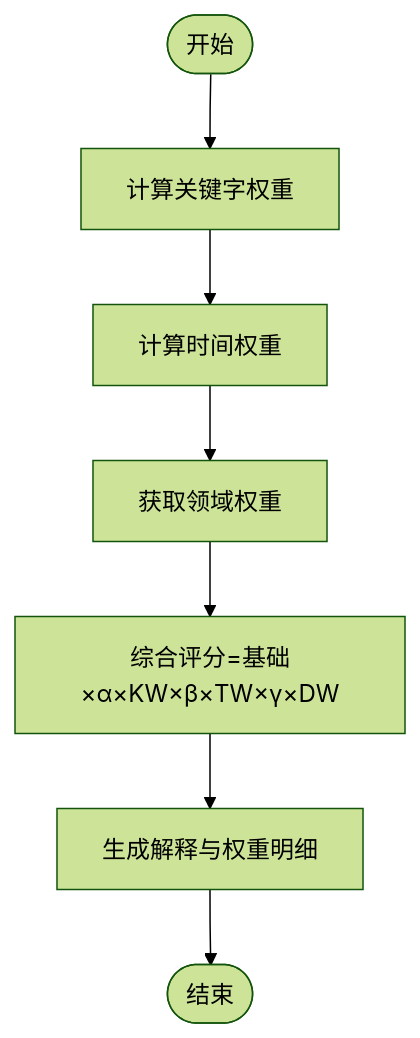
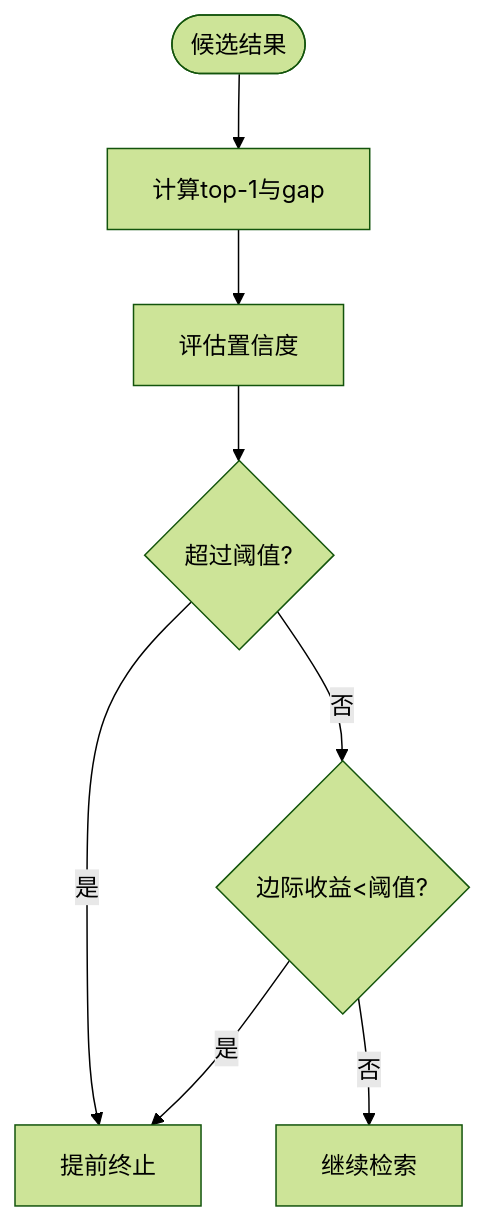
The seventh of 10 diagrams in .qoder/repowiki/zh/content/检索引擎模块/检索引擎模块.md (JieGaoPrinceton/NecoRAG), drawn with Mermaid (forest theme) before and after one commit. The commit also changed other lines of this file and 181 other files, not shown here.

````diff
--- a/.qoder/repowiki/zh/content/检索引擎模块/检索引擎模块.md
+++ b/.qoder/repowiki/zh/content/检索引擎模块/检索引擎模块.md
@@ -309,9 +262,10 @@
 ```mermaid
 flowchart TD
-WStart(["开始"]) --> KW["计算关键字权重"]
-KW --> TW["计算时间权重"]
-TW --> DW["获取领域权重"]
-DW --> Calc["综合评分=基础×α×KW×β×TW×γ×DW"]
-Calc --> Explain["生成解释与权重明细"]
-Explain --> WEnd(["结束"])
+In(["候选结果"]) --> Score["计算top-1与gap"]
+Score --> Conf["评估置信度"]
+Conf --> Th{"超过阈值?"}
+Th --> |是| Stop["提前终止"]
+Th --> |否| Gain{"边际收益<阈值?"}
+Gain --> |是| Stop
+Gain --> |否| Keep["继续检索"]
 ```
````
